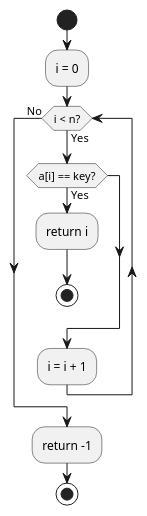
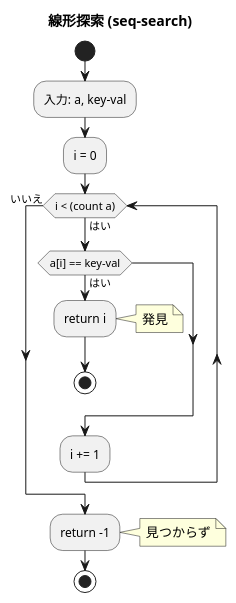
The first of 3 diagrams in docs/article/clojure/03-search-algorithms.md (k2works/getting-started-algorithm), drawn with PlantUML before and after one commit. The commit also changed other lines of this file, not shown here.

````diff
--- a/docs/article/clojure/03-search-algorithms.md
+++ b/docs/article/clojure/03-search-algorithms.md
@@ -42,15 +56,22 @@
 ```plantuml
 @startuml
+title 線形探索 (seq-search)
+
 start
+:入力: a, key-val;
 :i = 0;
-while (i < n?) is (Yes)
-  if (a[i] == key?) then (Yes)
+
+while (i < (count a)) is (はい)
+  if (a[i] == key-val) then (はい)
     :return i;
+    note right: 発見
     stop
   endif
-  :i = i + 1;
-endwhile (No)
+  :i += 1;
+endwhile (いいえ)
+
 :return -1;
+note right: 見つからず
 stop
 @enduml
 ```
````
